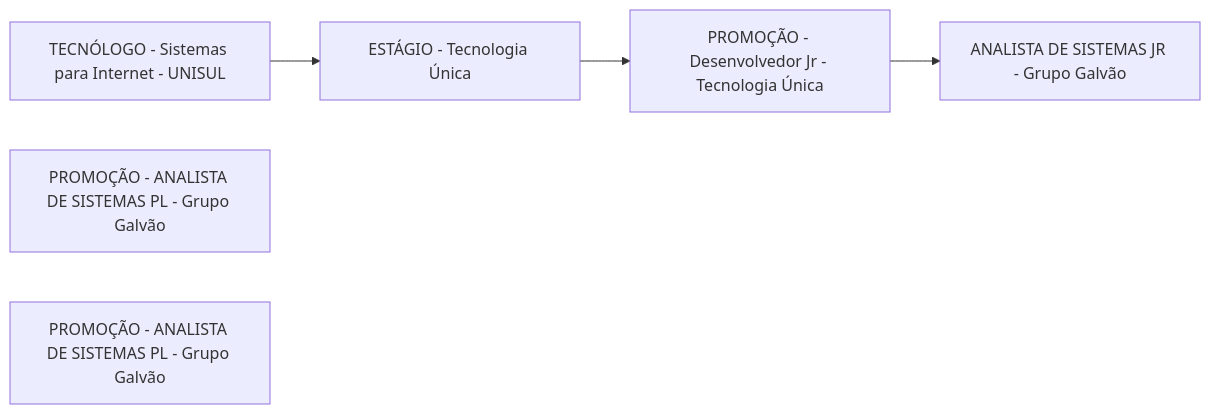
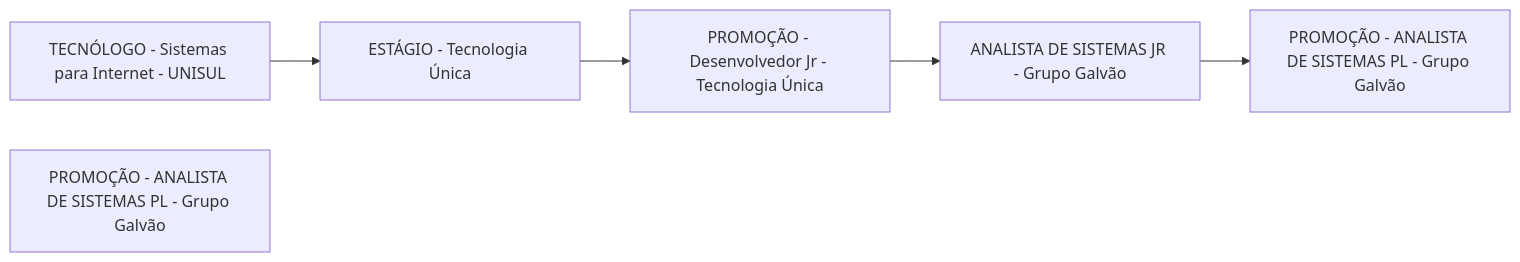
One commit to rafsp/Graduacao_FIAP changed the diagram in Advanced-Business-Development-with-.NET/1º-Semestre/Aula-01-%2D-Introdução-e-Apresentação/Apresentação-do-Professor.md. Above: the diagram before and after it, drawn with Mermaid.

Commit message:
Updated Apresentação do Professor

```diff
--- a/Advanced-Business-Development-with-.NET/1º-Semestre/Aula-01-%2D-Introdução-e-Apresentação/Apresentação-do-Professor.md
+++ b/Advanced-Business-Development-with-.NET/1º-Semestre/Aula-01-%2D-Introdução-e-Apresentação/Apresentação-do-Professor.md
@@ -1,12 +1,13 @@
 ::: mermaid
 flowchart LR;
 a[TECNÓLOGO - Sistemas para Internet - UNISUL];
 b[ESTÁGIO - Tecnologia Única];
 c[PROMOÇÃO - Desenvolvedor Jr - Tecnologia Única];
 d[ANALISTA DE SISTEMAS JR - Grupo Galvão];
 e[PROMOÇÃO - ANALISTA DE SISTEMAS PL - Grupo Galvão];
 f[PROMOÇÃO - ANALISTA DE SISTEMAS PL - Grupo Galvão];
 a-->b;
 b-->c;
 c-->d;
+d-->e;
 :::
```
